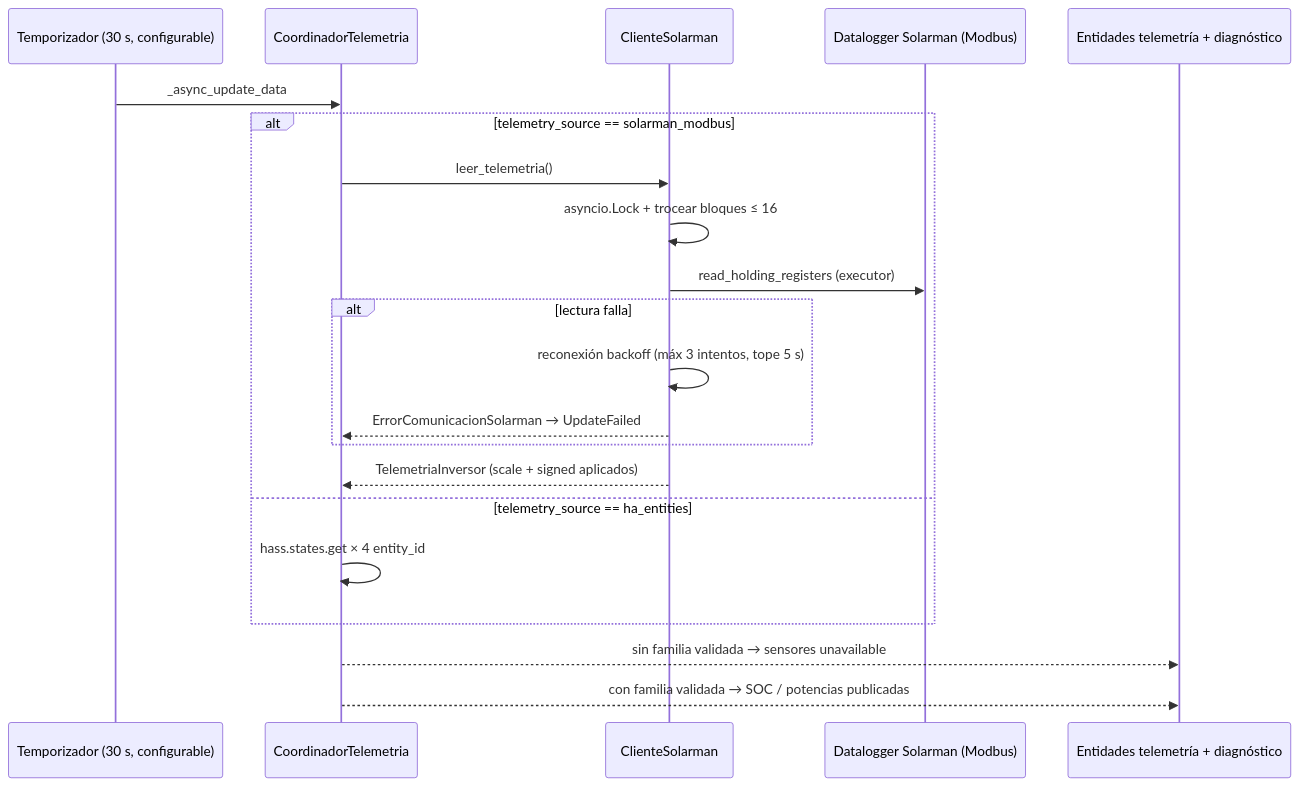
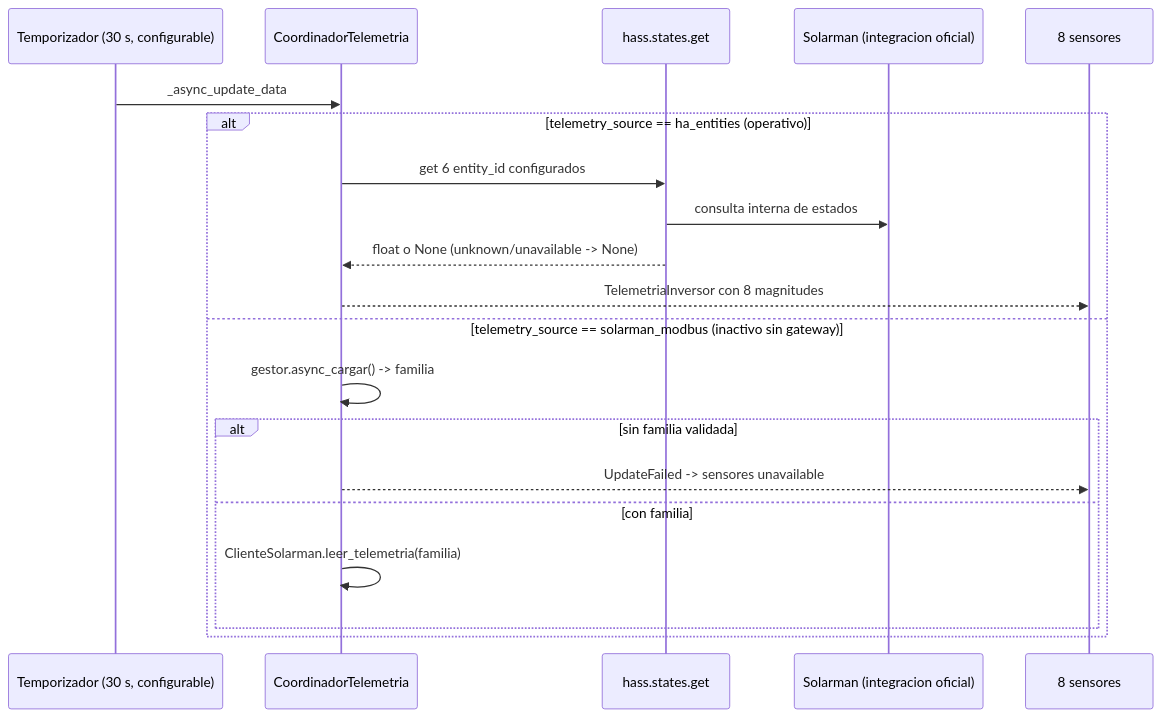
The third of 4 diagrams in SPEC.md (acarrilloa/optimizador-bateria-omie), drawn with Mermaid before and after one commit. The commit also changed other lines of this file and 1 other file, not shown here.

````diff
--- a/SPEC.md
+++ b/SPEC.md
@@ -195,23 +198,22 @@
 ```mermaid
 sequenceDiagram
   participant T as Temporizador (30 s, configurable)
   participant C as CoordinadorTelemetria
-  participant S as ClienteSolarman
-  participant D as Datalogger Solarman (Modbus)
-  participant E as Entidades telemetría + diagnóstico
+  participant HA as hass.states.get
+  participant S as Solarman (integracion oficial)
+  participant E as 8 sensores
   T->>C: _async_update_data
-  alt telemetry_source == solarman_modbus
-    C->>S: leer_telemetria()
-    S->>S: asyncio.Lock + trocear bloques ≤ 16
-    S->>D: read_holding_registers (executor)
-    alt lectura falla
-      S->>S: reconexión backoff (máx 3 intentos, tope 5 s)
-      S-->>C: ErrorComunicacionSolarman → UpdateFailed
+  alt telemetry_source == ha_entities (operativo)
+    C->>HA: get 6 entity_id configurados
+    HA->>S: consulta interna de estados
+    HA-->>C: float o None (unknown/unavailable -> None)
+    C-->>E: TelemetriaInversor con 8 magnitudes
+  else telemetry_source == solarman_modbus (inactivo sin gateway)
+    C->>C: gestor.async_cargar() -> familia
+    alt sin familia validada
+      C-->>E: UpdateFailed -> sensores unavailable
+    else con familia
+      C->>C: ClienteSolarman.leer_telemetria(familia)
     end
-    S-->>C: TelemetriaInversor (scale + signed aplicados)
-  else telemetry_source == ha_entities
-    C->>C: hass.states.get × 4 entity_id
   end
-  C-->>E: sin familia validada → sensores unavailable
-  C-->>E: con familia validada → SOC / potencias publicadas
 ```
````
